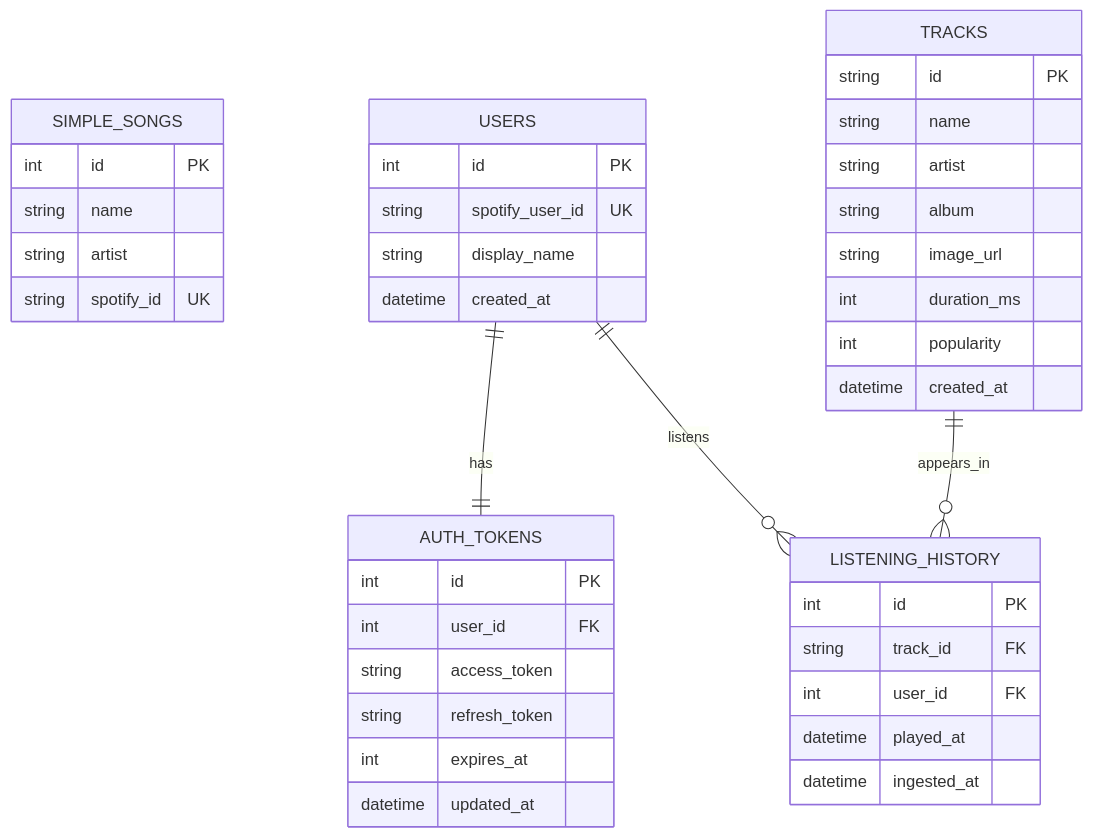
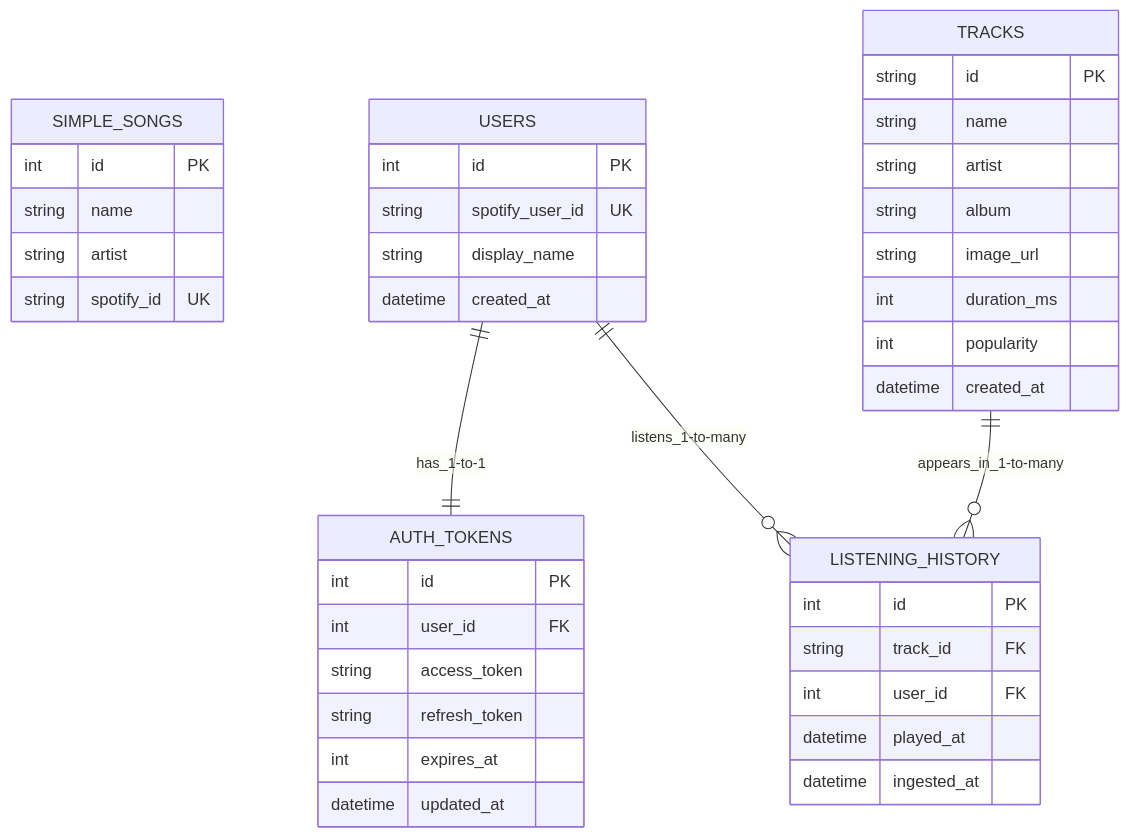
The diagram in data_model.md (PiyushJ1/spotify-event-pipeline), drawn with Mermaid before and after one commit. The commit also changed other lines of this file, not shown here.

Commit message:
chore: add clarify relationship types

````diff
--- a/data_model.md
+++ b/data_model.md
@@ -1,48 +1,48 @@
 ```mermaid
 erDiagram
     SIMPLE_SONGS {
         int id PK
         string name
         string artist
         string spotify_id UK
     }
 
     USERS {
         int id PK
         string spotify_user_id UK
         string display_name
         datetime created_at
     }
 
     AUTH_TOKENS {
         int id PK
         int user_id FK
         string access_token
         string refresh_token
         int expires_at
         datetime updated_at
     }
 
     TRACKS {
         string id PK
         string name
         string artist
         string album
         string image_url
         int duration_ms
         int popularity
         datetime created_at
     }
 
     LISTENING_HISTORY {
         int id PK
         string track_id FK
         int user_id FK
         datetime played_at
         datetime ingested_at
     }
 
-    USERS ||--|| AUTH_TOKENS : has
-    USERS ||--o{ LISTENING_HISTORY : listens
-    TRACKS ||--o{ LISTENING_HISTORY : appears_in
+    USERS ||--|| AUTH_TOKENS : has_1-to-1
+    USERS ||--o{ LISTENING_HISTORY : listens_1-to-many
+    TRACKS ||--o{ LISTENING_HISTORY : appears_in_1-to-many
 ```
````
